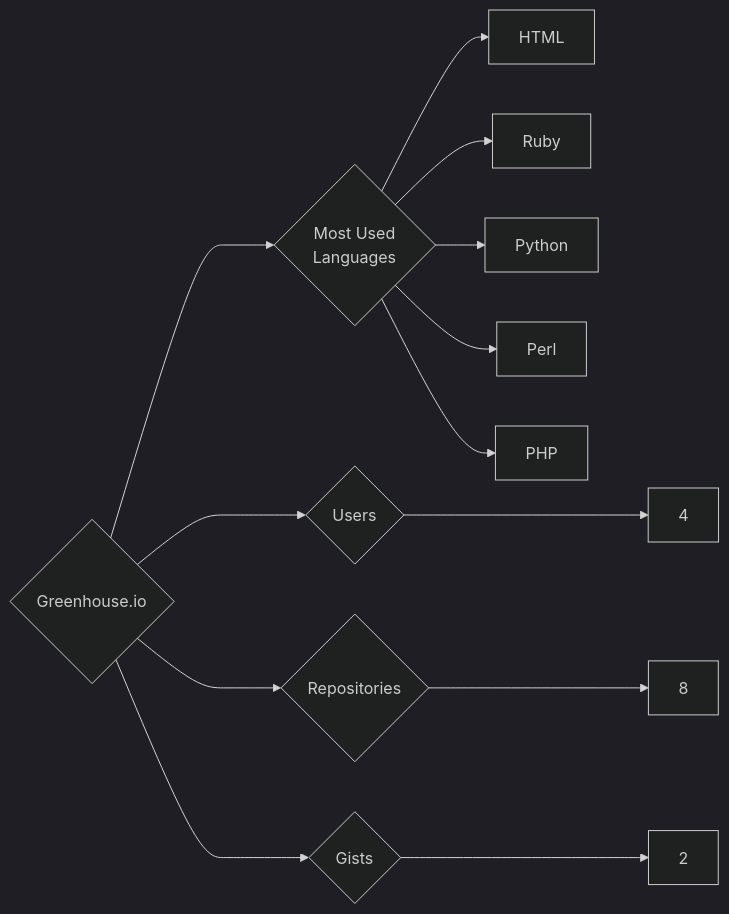
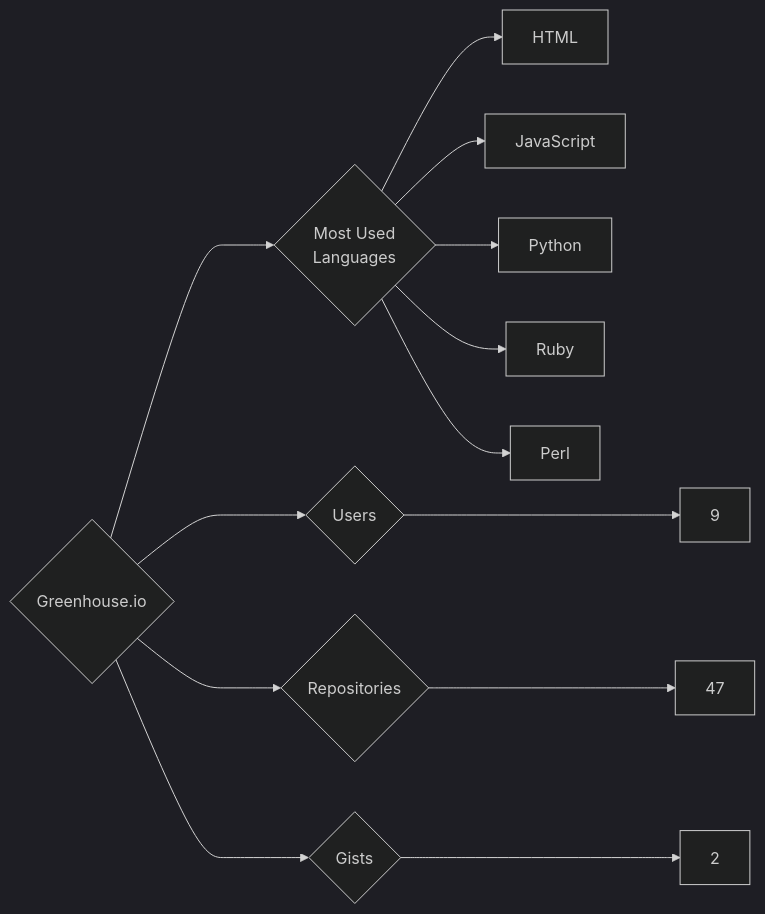
The diagram in targets/Greenhouse.io/README.md (trickest/insiders), drawn with Mermaid (dark theme) before and after one commit. The commit also changed 1149 other files, not shown here.

````diff
--- a/targets/Greenhouse.io/README.md
+++ b/targets/Greenhouse.io/README.md
@@ -3,13 +3,13 @@
 ```mermaid
 graph LR
 COMPANY_NAME{Greenhouse.io}
-COMPANY_NAME ---> U{Users} ---> UN[4]
-COMPANY_NAME ---> R{Repositories} ---> RN[8]
+COMPANY_NAME ---> U{Users} ---> UN[9]
+COMPANY_NAME ---> R{Repositories} ---> RN[47]
 COMPANY_NAME ---> G{Gists} ---> GN[2]
 COMPANY_NAME ---> ML{Most Used<br>Languages}
 ML --> HTML[HTML]
+ML --> JavaScript[JavaScript]
+ML --> Python[Python]
 ML --> Ruby[Ruby]
-ML --> Python[Python]
 ML --> Perl[Perl]
-ML --> PHP[PHP]
 ```
````
